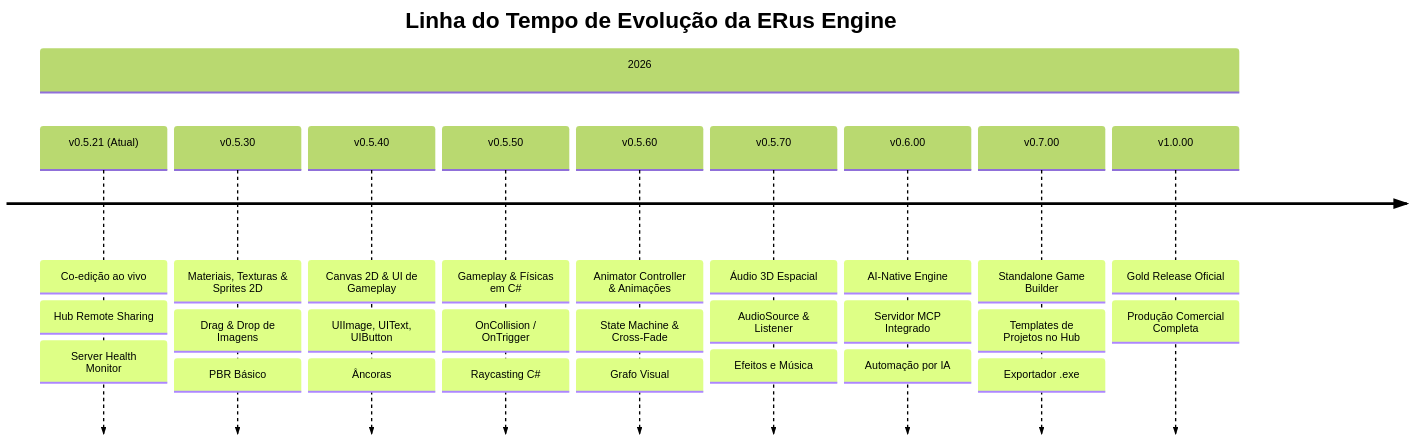
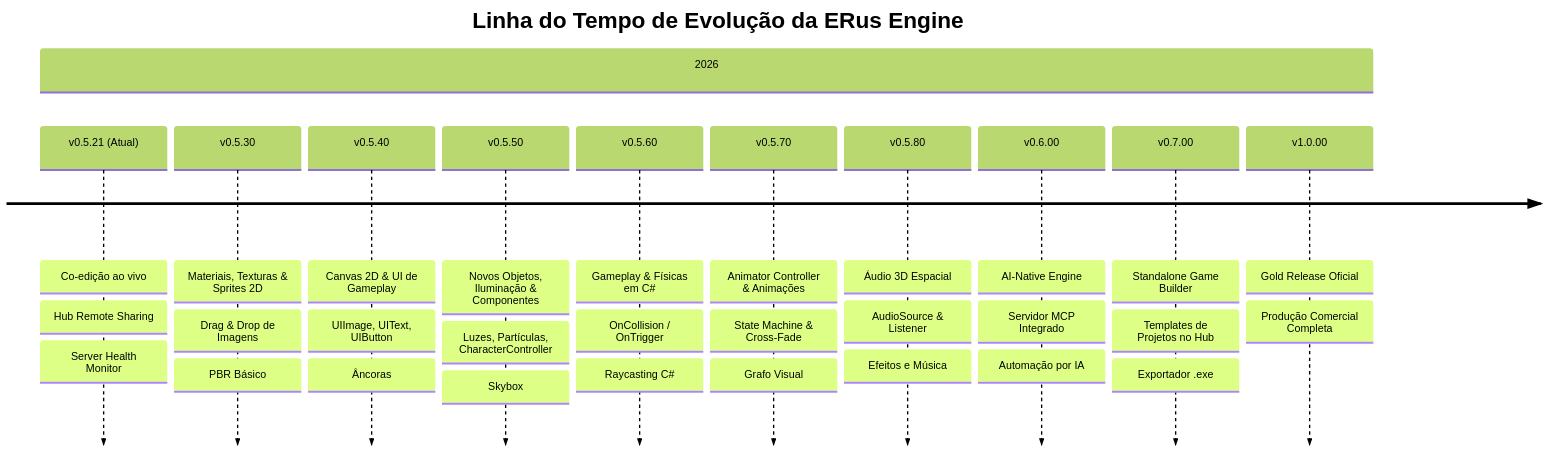
One commit to LatadosUnited/ERus changed the diagram in docs/ROADMAP.md. Above: the diagram before and after it, drawn with Mermaid (forest theme). The commit also changed other lines of this file, not shown here.

Commit message:
docs: adiciona versao v0.5.50 dedicada a Novos Objetos, Iluminacao e Componentes ECS ao Roadmap

````diff
--- a/docs/ROADMAP.md
+++ b/docs/ROADMAP.md
@@ -7,14 +7,15 @@
 ```mermaid
 timeline
     title Linha do Tempo de Evolução da ERus Engine
     section 2026
         v0.5.21 (Atual) : Co-edição ao vivo : Hub Remote Sharing : Server Health Monitor
         v0.5.30 : Materiais, Texturas & Sprites 2D : Drag & Drop de Imagens : PBR Básico
         v0.5.40 : Canvas 2D & UI de Gameplay : UIImage, UIText, UIButton : Âncoras
-        v0.5.50 : Gameplay & Físicas em C# : OnCollision / OnTrigger : Raycasting C#
-        v0.5.60 : Animator Controller & Animações : State Machine & Cross-Fade : Grafo Visual
-        v0.5.70 : Áudio 3D Espacial : AudioSource & Listener : Efeitos e Música
+        v0.5.50 : Novos Objetos, Iluminação & Componentes : Luzes, Partículas, CharacterController : Skybox
+        v0.5.60 : Gameplay & Físicas em C# : OnCollision / OnTrigger : Raycasting C#
+        v0.5.70 : Animator Controller & Animações : State Machine & Cross-Fade : Grafo Visual
+        v0.5.80 : Áudio 3D Espacial : AudioSource & Listener : Efeitos e Música
         v0.6.00 : AI-Native Engine : Servidor MCP Integrado : Automação por IA
         v0.7.00 : Standalone Game Builder : Templates de Projetos no Hub : Exportador .exe
         v1.0.00 : Gold Release Oficial : Produção Comercial Completa
 ```
````
